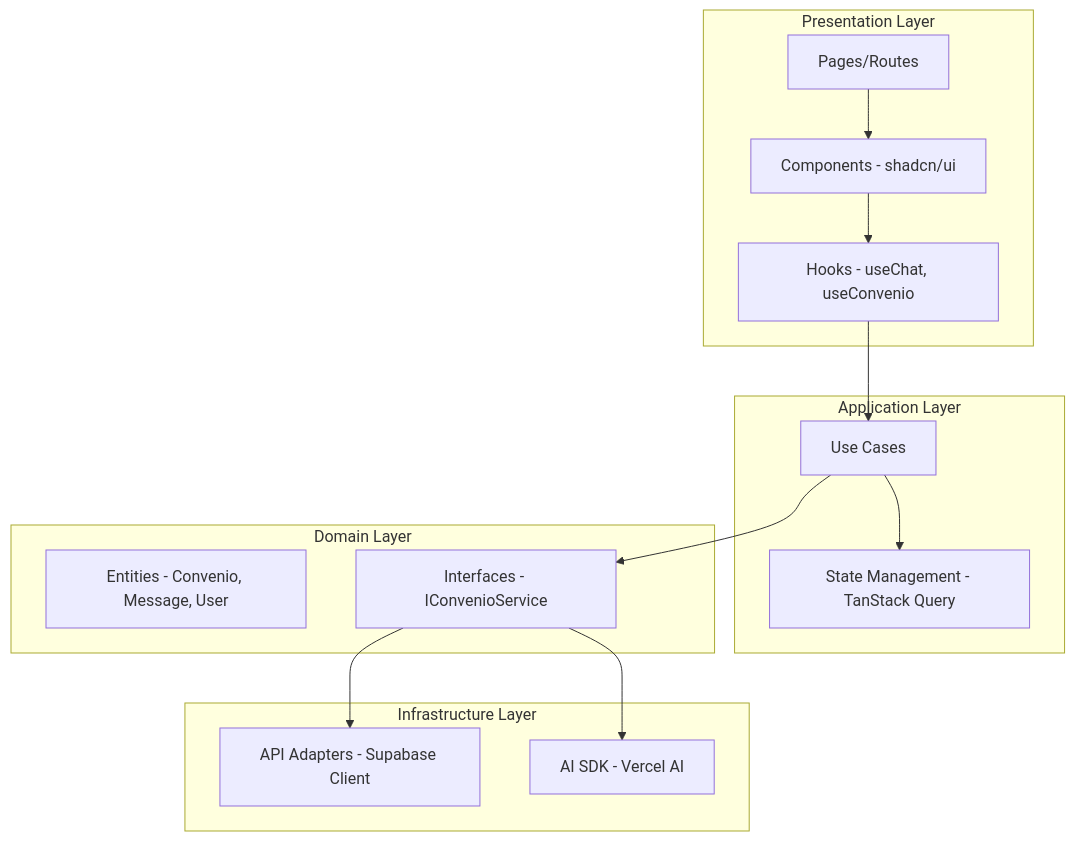
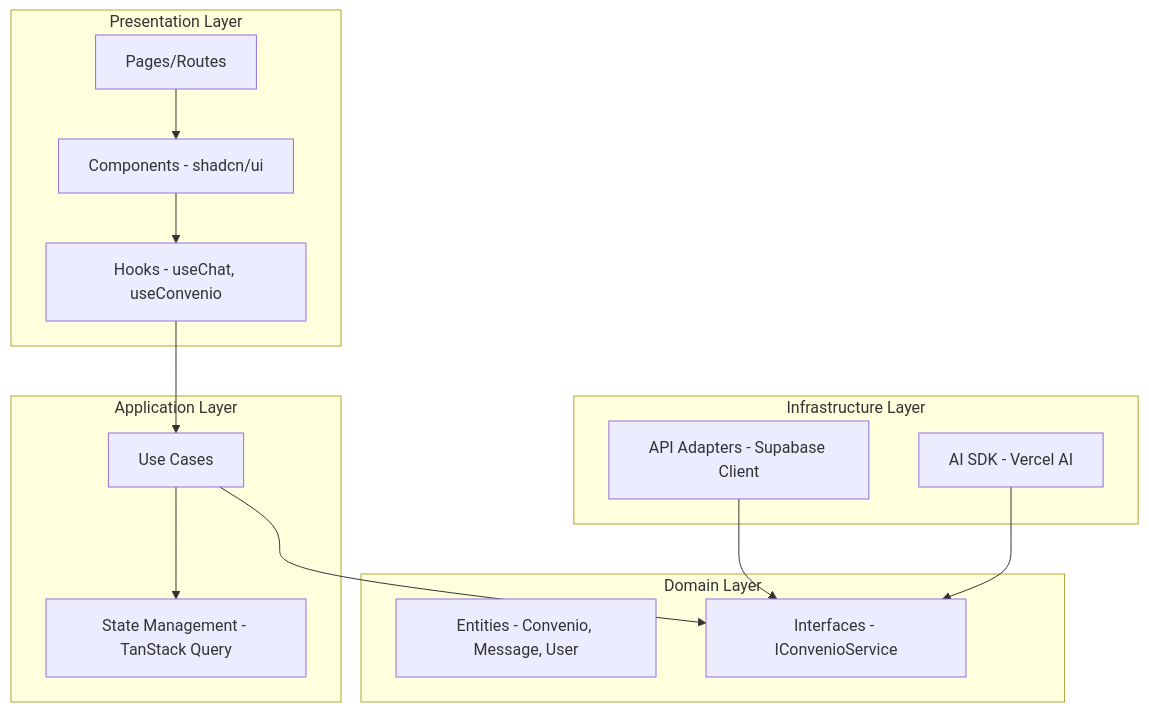
The first of 3 diagrams in .claude/docs/fases/fase3/fase-3-el-face.md (jmocana2/workrules), drawn with Mermaid before and after one commit. The commit also changed other lines of this file and 5 other files, not shown here.

Commit message:
fix: Update analysis and architecture documents; enhance database policies for user document management

````diff
--- a/.claude/docs/fases/fase3/fase-3-el-face.md
+++ b/.claude/docs/fases/fase3/fase-3-el-face.md
@@ -13,31 +13,31 @@
 ```mermaid
 flowchart TB
     subgraph "Presentation Layer"
         A[Pages/Routes]
         B[Components - shadcn/ui]
         C[Hooks - useChat, useConvenio]
     end
     
     subgraph "Application Layer"
         D[Use Cases]
         E[State Management - TanStack Query]
     end
     
     subgraph "Domain Layer"
         F[Entities - Convenio, Message, User]
         G[Interfaces - IConvenioService]
     end
     
     subgraph "Infrastructure Layer"
         H[API Adapters - Supabase Client]
         I[AI SDK - Vercel AI]
     end
     
     A --> B
     B --> C
     C --> D
     D --> E
     D --> G
-    G --> H
-    G --> I
+    H --> G
+    I --> G
 ```
````
